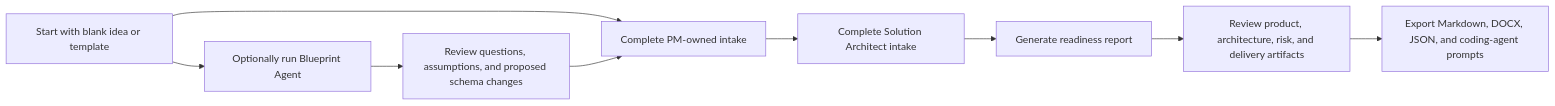
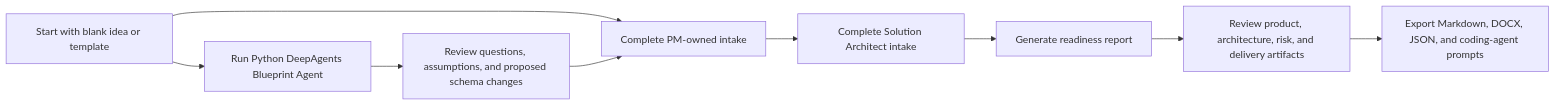
Before and after one commit to Abby263/product-dev-blueprint: the first of 2 diagrams in README.md, drawn with Mermaid. The commit also changed other lines of this file and 19 other files, not shown here.

Commit message:
Add Python DeepAgents blueprint agent

````diff
--- a/README.md
+++ b/README.md
@@ -73,11 +73,11 @@
 ```mermaid
 flowchart LR
   A["Start with blank idea or template"] --> B["Complete PM-owned intake"]
-  A --> G["Optionally run Blueprint Agent"]
+  A --> G["Run Python DeepAgents Blueprint Agent"]
   G --> H["Review questions, assumptions, and proposed schema changes"]
   H --> B
   B --> C["Complete Solution Architect intake"]
   C --> D["Generate readiness report"]
   D --> E["Review product, architecture, risk, and delivery artifacts"]
   E --> F["Export Markdown, DOCX, JSON, and coding-agent prompts"]
 ```
````
